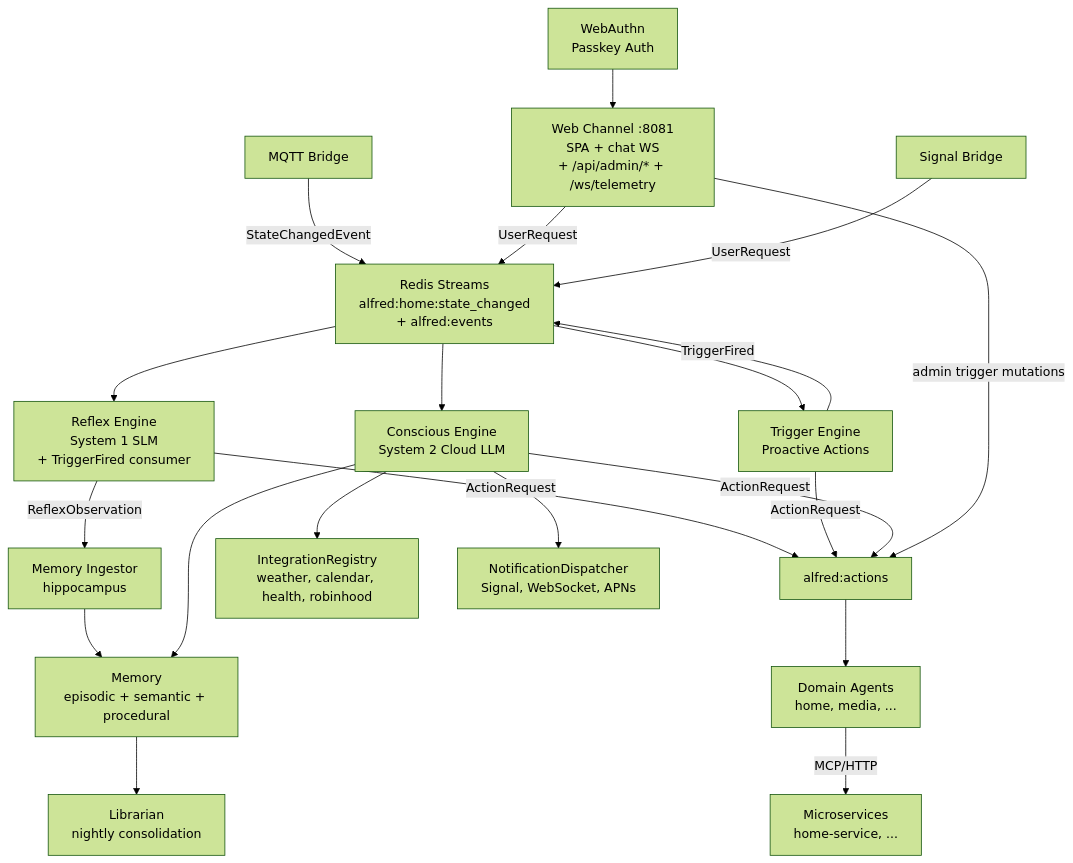
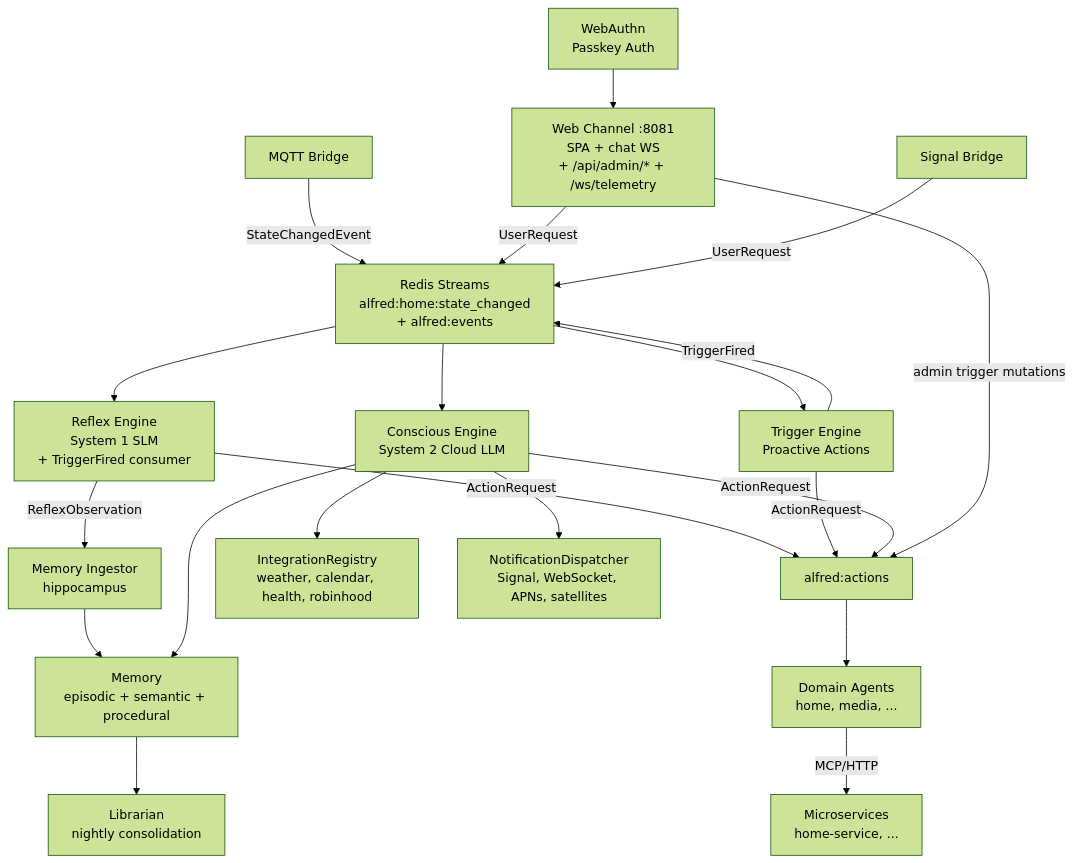
One commit to anirudhlath/alfred changed the diagram in CLAUDE.md. Above: the diagram before and after it, drawn with Mermaid (forest theme). The commit also changed 1 other file, not shown here.

First paragraph of the commit message:
docs(architecture): draw the notification adapters that exist (#346)
## What & why

````diff
--- a/CLAUDE.md
+++ b/CLAUDE.md
@@ -201,23 +201,23 @@
 ```mermaid
 graph TD
     MQTT[MQTT Bridge] -->|StateChangedEvent| Bus[Redis Streams<br/>alfred:home:state_changed<br/>+ alfred:events]
     Bus --> Reflex[Reflex Engine<br/>System 1 SLM<br/>+ TriggerFired consumer]
     Bus --> Triggers[Trigger Engine<br/>Proactive Actions]
     Bus --> Conscious[Conscious Engine<br/>System 2 Cloud LLM]
     Reflex -->|ReflexObservation| Ingestor[Memory Ingestor<br/>hippocampus]
     Ingestor --> Memory
     Reflex -->|ActionRequest| Actions[alfred:actions]
     Triggers -->|ActionRequest| Actions
     Triggers -->|TriggerFired| Bus
     Conscious -->|ActionRequest| Actions
     Actions --> Agents[Domain Agents<br/>home, media, ...]
     Agents -->|MCP/HTTP| Services[Microservices<br/>home-service, ...]
     Conscious --> Memory[Memory<br/>episodic + semantic + procedural]
     Conscious --> Integrations[IntegrationRegistry<br/>weather, calendar, health, robinhood]
-    Conscious --> Notify[NotificationDispatcher<br/>Signal, WebSocket, APNs]
+    Conscious --> Notify[NotificationDispatcher<br/>Signal, WebSocket, APNs, satellites]
     Memory --> Librarian[Librarian<br/>nightly consolidation]
     WebAuthn[WebAuthn<br/>Passkey Auth] --> WebChannel
     WebChannel[Web Channel :8081<br/>SPA + chat WS<br/>+ /api/admin/* + /ws/telemetry] -->|UserRequest| Bus
     WebChannel -->|admin trigger mutations| Actions
     Signal[Signal Bridge] -->|UserRequest| Bus
 ```
````
